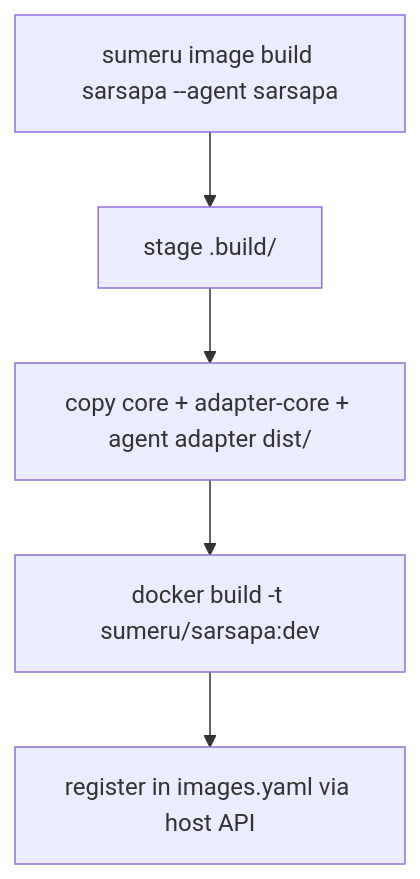
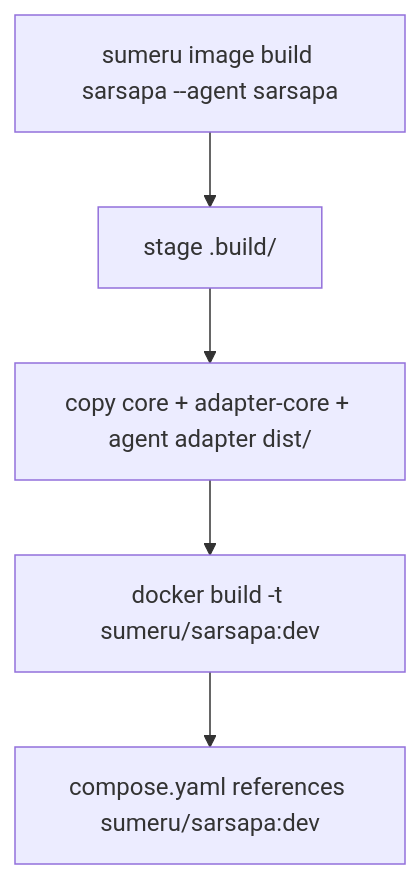
The diagram in cards/docker-image.md (shazhou-ww/sumeru), drawn with Mermaid before and after one commit. The commit also changed other lines of this file and 29 other files, not shown here.

````diff
--- a/cards/docker-image.md
+++ b/cards/docker-image.md
@@ -25,7 +27,7 @@
 ```mermaid
 flowchart TB
   A[sumeru image build sarsapa --agent sarsapa] --> B[stage .build/]
   B --> C[copy core + adapter-core + agent adapter dist/]
   C --> D[docker build -t sumeru/sarsapa:dev]
-  D --> E[register in images.yaml via host API]
+  D --> E[compose.yaml references sumeru/sarsapa:dev]
 ```
````
